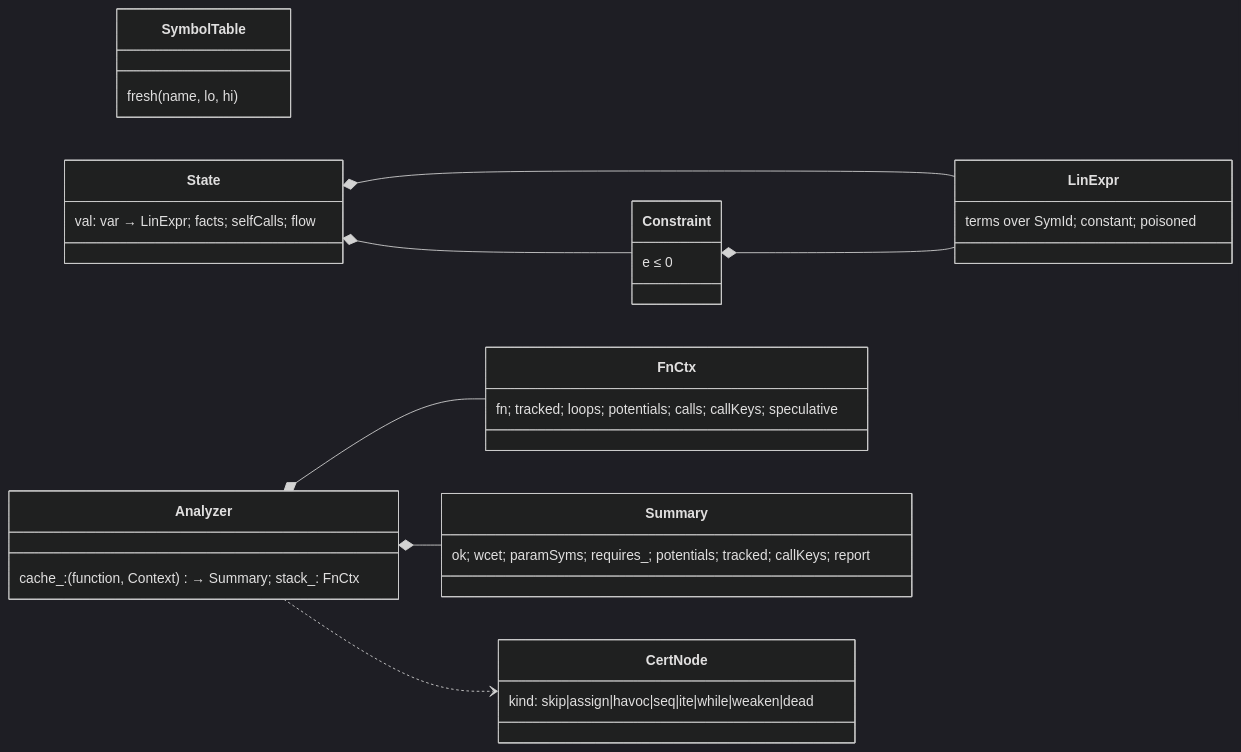
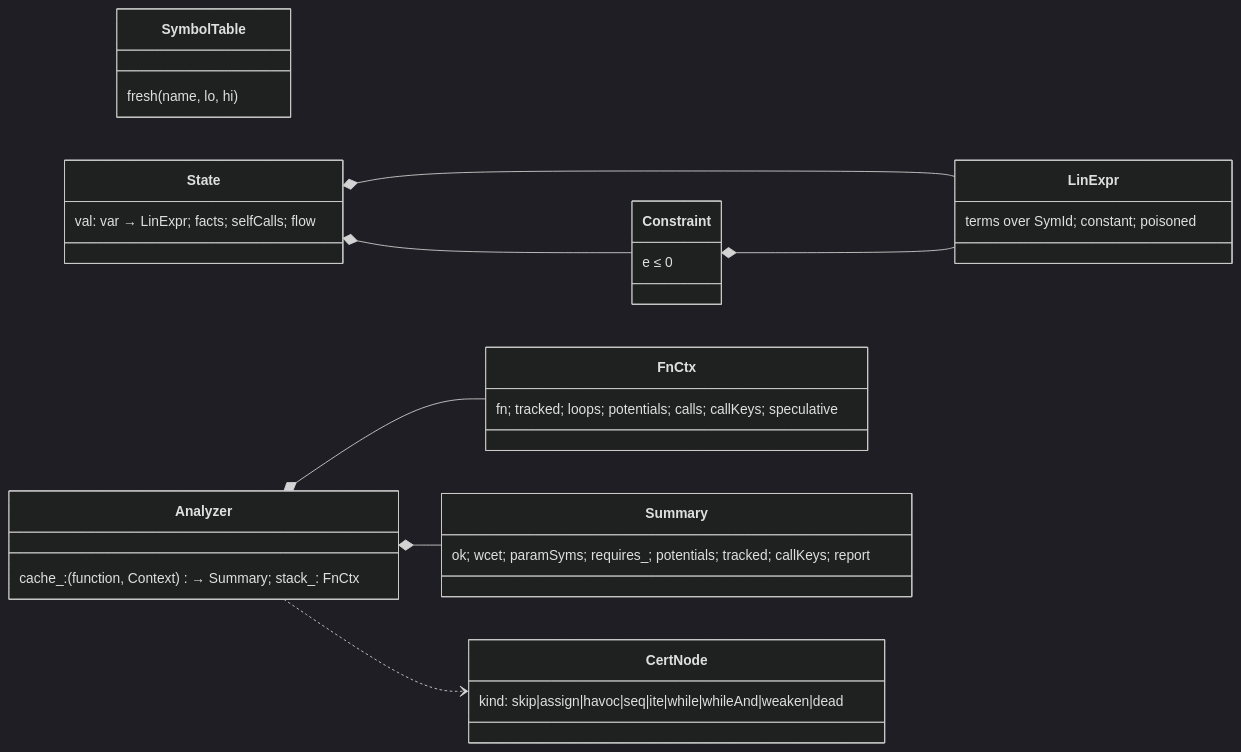
Before and after one commit to ldallolio/crosscheck: the second of 6 diagrams in docs/guide/04-plugin.md, drawn with Mermaid (dark theme). The commit also changed other lines of this file and 28 other files, not shown here.

````diff
--- a/docs/guide/04-plugin.md
+++ b/docs/guide/04-plugin.md
@@ -52,18 +52,18 @@
 ```mermaid
 classDiagram
   direction LR
   class LinExpr { terms over SymId; constant; poisoned }
   class Constraint { e ≤ 0 }
   class SymbolTable { fresh(name, lo, hi) }
   class State { val: var → LinExpr; facts; selfCalls; flow }
   class Summary { ok; wcet; paramSyms; requires_; potentials; tracked; callKeys; report }
   class FnCtx { fn; tracked; loops; potentials; calls; callKeys; speculative }
   class Analyzer { cache_: (function, Context) → Summary; stack_: FnCtx }
-  class CertNode { kind: skip|assign|havoc|seq|ite|while|weaken|dead }
+  class CertNode { kind: skip|assign|havoc|seq|ite|while|whileAnd|weaken|dead }
   Constraint *-- LinExpr
   State *-- LinExpr
   State *-- Constraint
   Analyzer *-- FnCtx
   Analyzer *-- Summary
   Analyzer ..> CertNode
 ```
````
